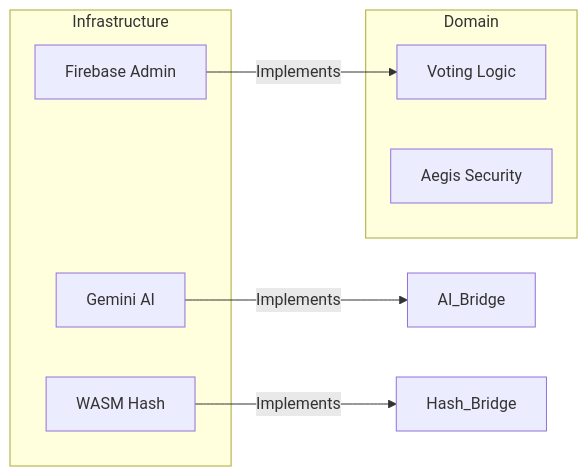
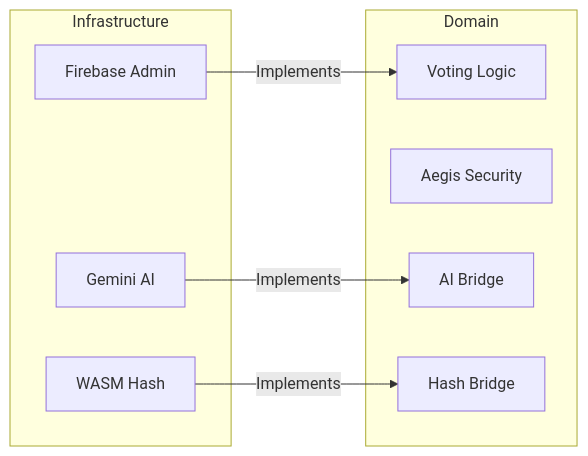
Before and after one commit to CodeWithMehru/VoteIQ: the second of 3 diagrams in README.md, drawn with Mermaid.

Commit message:
fix: resolve github mermaid rendering crash in readme

````diff
--- a/README.md
+++ b/README.md
@@ -94,15 +94,17 @@
 ```mermaid
 graph LR
     subgraph Domain
-        VLogic[Voting Logic]
-        ASec[Aegis Security]
+        VLogic["Voting Logic"]
+        ASec["Aegis Security"]
+        AI_Bridge["AI Bridge"]
+        Hash_Bridge["Hash Bridge"]
     end
     subgraph Infrastructure
-        FA[Firebase Admin]
-        GAI[Gemini AI]
-        WASM[WASM Hash]
+        FA["Firebase Admin"]
+        GAI["Gemini AI"]
+        WASM["WASM Hash"]
     end
     FA -->|Implements| VLogic
     GAI -->|Implements| AI_Bridge
     WASM -->|Implements| Hash_Bridge
 ```
````
